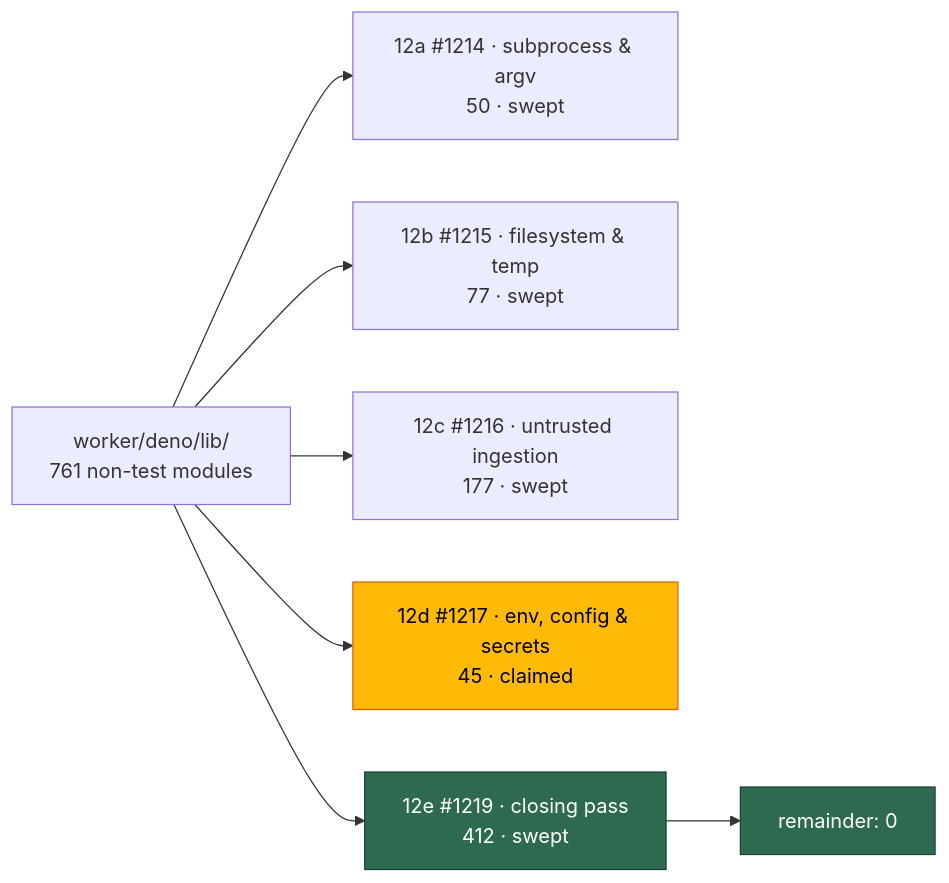
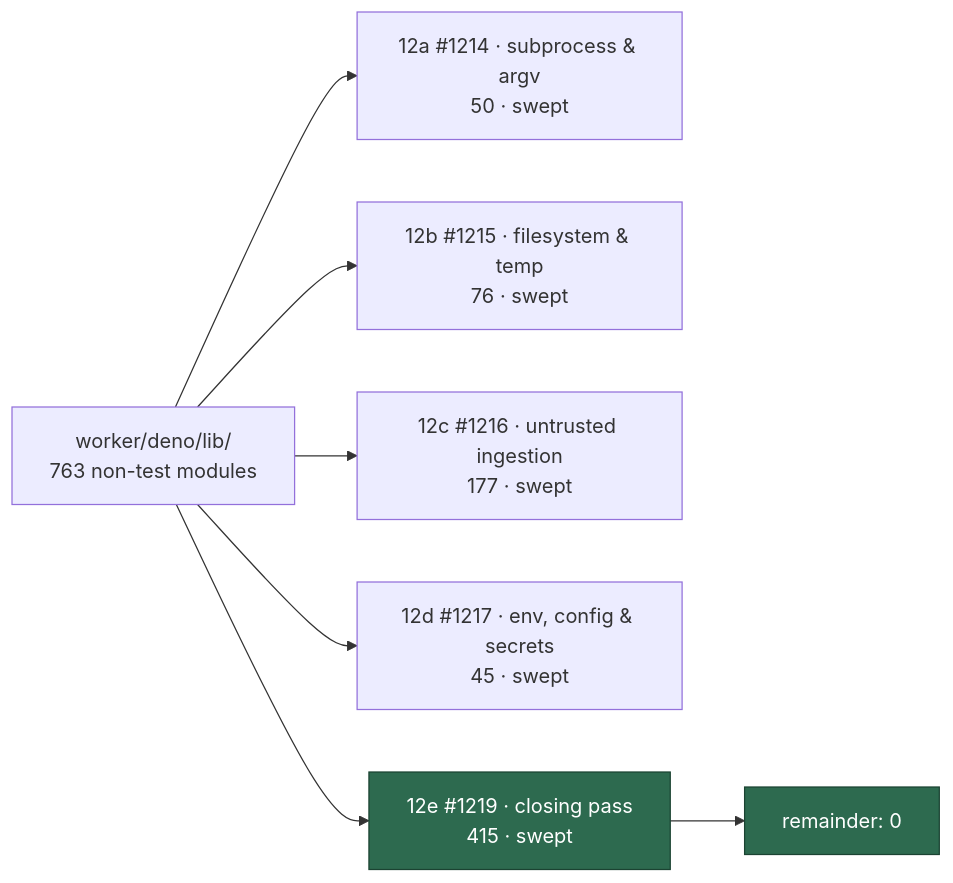
One commit to stSoftwareAU/VibeCoder changed the diagram in docs/audits/security-sweep-1219-lib-closing-pass.md. Above: the diagram before and after it, drawn with Mermaid. The commit also changed other lines of this file and 7 other files, not shown here.

````diff
--- a/docs/audits/security-sweep-1219-lib-closing-pass.md
+++ b/docs/audits/security-sweep-1219-lib-closing-pass.md
@@ -46,13 +47,12 @@
 ```mermaid
 flowchart LR
-    L["worker/deno/lib/<br/>761 non-test modules"]
+    L["worker/deno/lib/<br/>763 non-test modules"]
     L --> A["12a #1214 · subprocess &amp; argv<br/>50 · swept"]
-    L --> B["12b #1215 · filesystem &amp; temp<br/>77 · swept"]
+    L --> B["12b #1215 · filesystem &amp; temp<br/>76 · swept"]
     L --> C["12c #1216 · untrusted ingestion<br/>177 · swept"]
-    L --> D["12d #1217 · env, config &amp; secrets<br/>45 · claimed"]
-    L --> E["12e #1219 · closing pass<br/>412 · swept"]
+    L --> D["12d #1217 · env, config &amp; secrets<br/>45 · swept"]
+    L --> E["12e #1219 · closing pass<br/>415 · swept"]
     E --> R["remainder: 0"]
     style E fill:#2d6a4f,stroke:#1b4332,color:#fff
     style R fill:#2d6a4f,stroke:#1b4332,color:#fff
-    style D fill:#ffba08,stroke:#e85d04,color:#000
 ```
````
